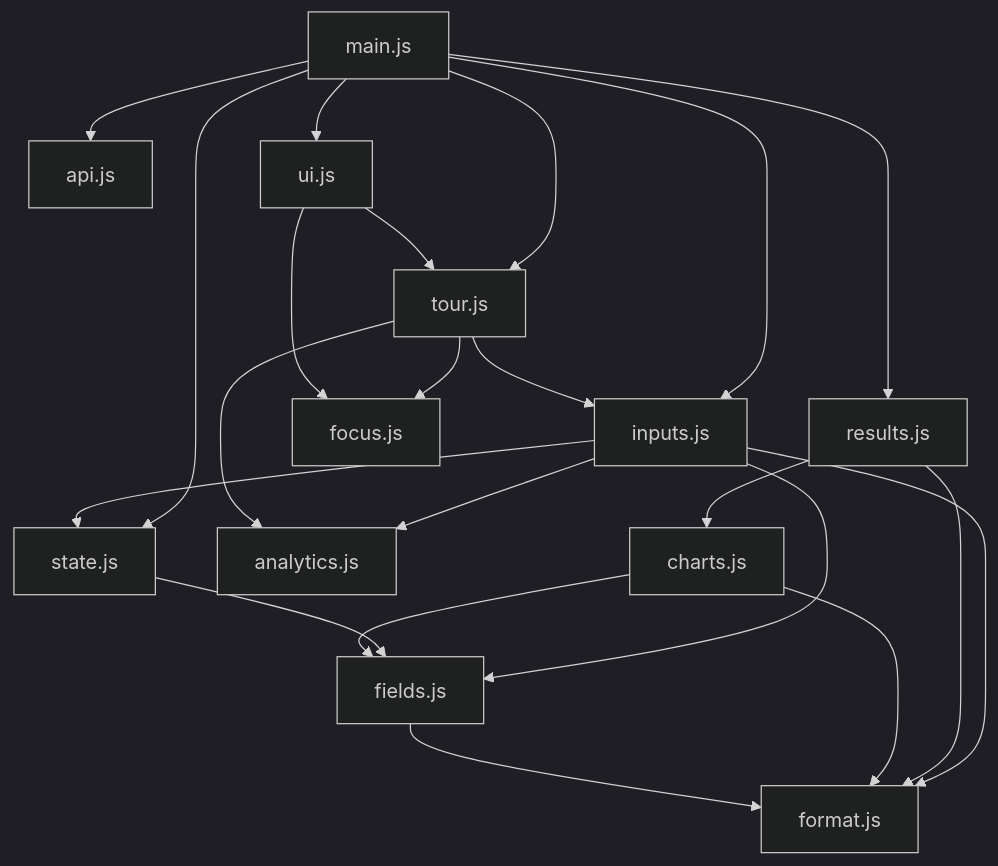
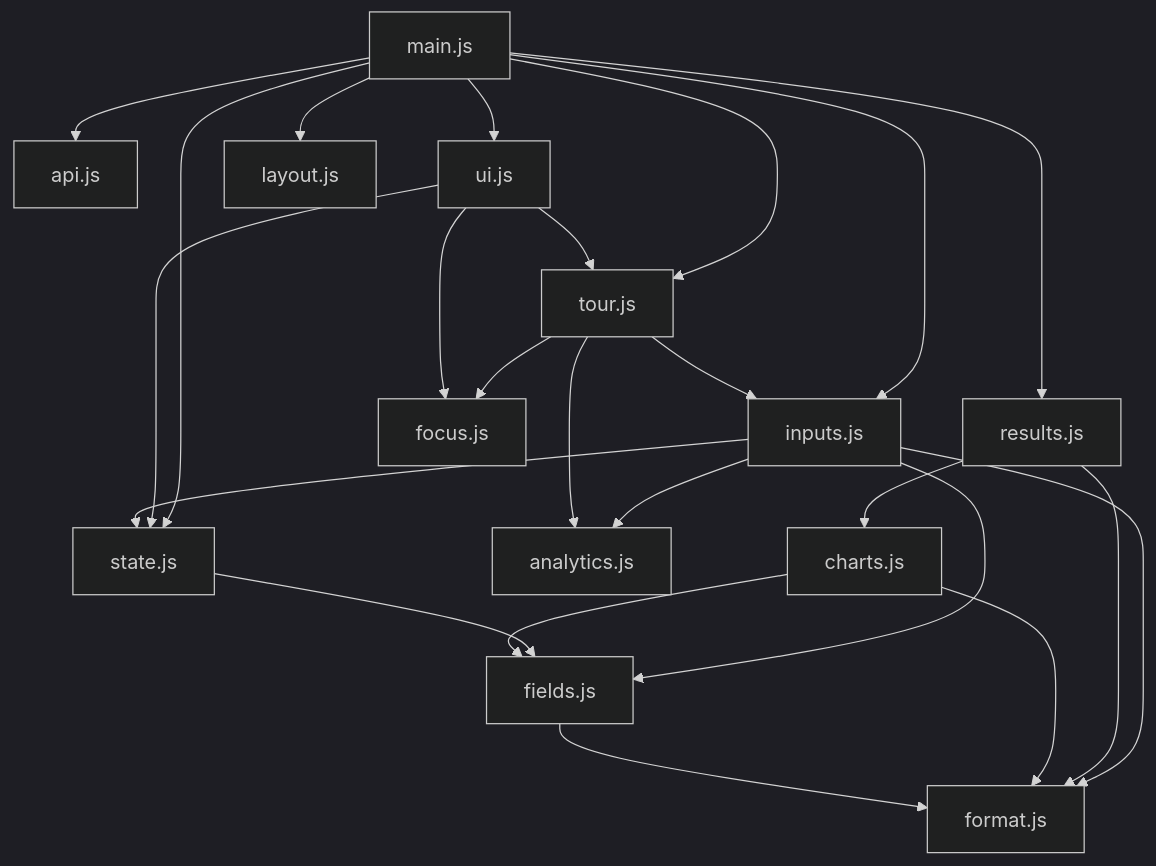
Before and after one commit to palsagar/rent-vs-buy-simulator: the diagram in docs/architecture.md, drawn with Mermaid (dark theme). The commit also changed other lines of this file, not shown here.

Commit message:
docs: architecture covers layout.js, the bottom sheets and Share

````diff
--- a/docs/architecture.md
+++ b/docs/architecture.md
@@ -21,24 +21,26 @@
 ```mermaid
 graph TD
     main["main.js"] --> api["api.js"]
     main --> inputs["inputs.js"]
     main --> results["results.js"]
     main --> state["state.js"]
     main --> tour["tour.js"]
     main --> ui["ui.js"]
+    main --> layout["layout.js"]
+    ui --> state
     inputs --> fields["fields.js"]
     inputs --> analytics["analytics.js"]
     inputs --> format["format.js"]
     inputs --> state
     state --> fields
     tour --> analytics
     tour --> inputs
     tour --> focus["focus.js"]
     ui --> tour
     ui --> focus
     results --> charts["charts.js"]
     results --> format
     charts --> fields
     charts --> format
     fields --> format
 ```
````
